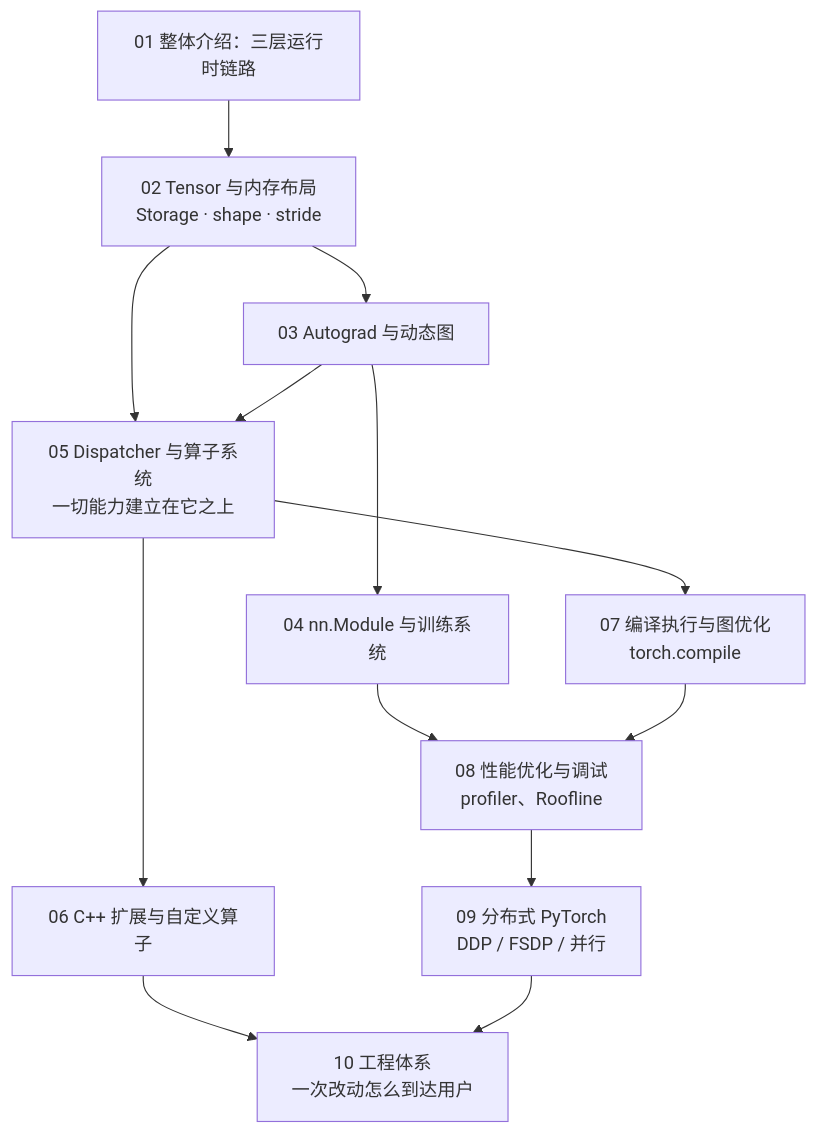
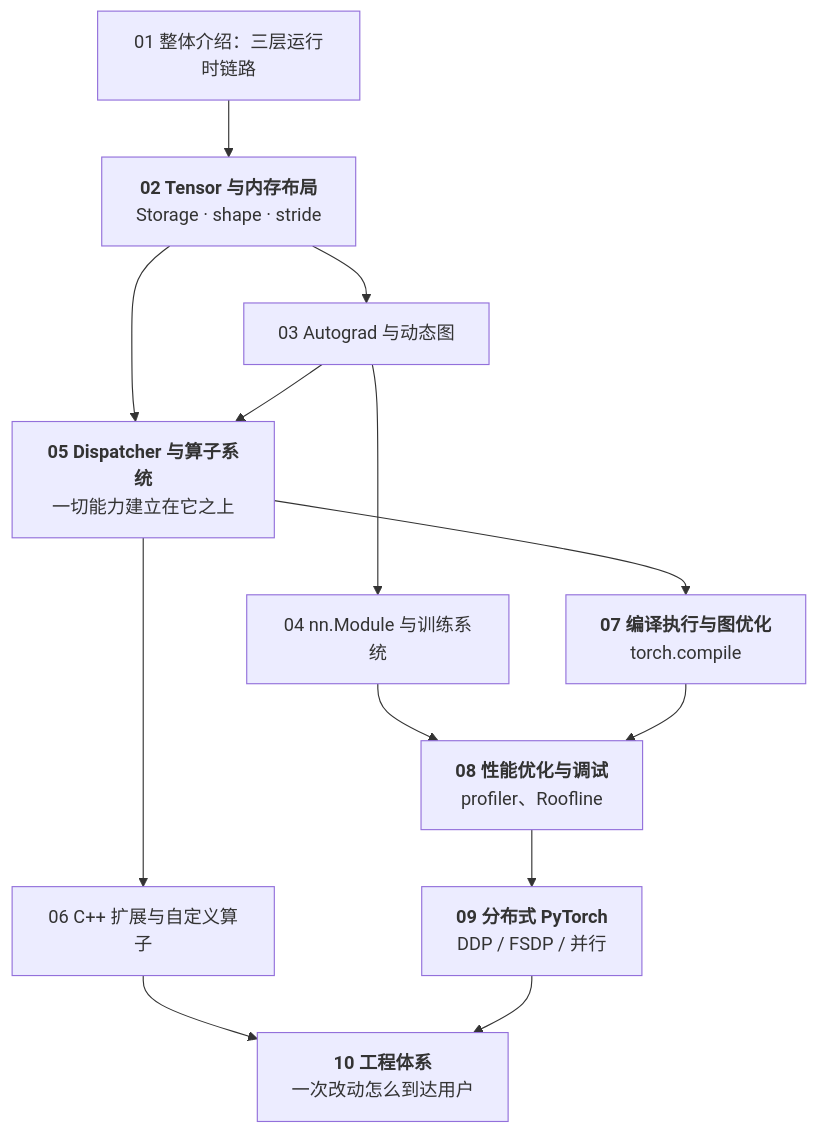
One commit to arganzheng/arganzheng.github.com changed the diagram in _posts/2026-02-26-deep-dive-into-pytorch-series-recap-and-self-test.md. Above: the diagram before and after it, drawn with Mermaid. The commit also changed 10 other files, not shown here.

First line of the commit message:
PyTorch 深度实践：从 Tensor 到深度学习运行时：Mermaid 多行方框的首行标为标题（11 篇）

````diff
--- a/_posts/2026-02-26-deep-dive-into-pytorch-series-recap-and-self-test.md
+++ b/_posts/2026-02-26-deep-dive-into-pytorch-series-recap-and-self-test.md
@@ -19,16 +19,16 @@
 ```mermaid
 %%{init: {"flowchart": {"wrappingWidth": 170}}}%%
 %% 图：PyTorch 系列全景：Tensor → Autograd → Module → Dispatcher → 扩展 / 编译 → 性能 → 分布式 → 工程体系
 flowchart TB
-    P1["01 整体介绍：三层运行时链路"] --> T2["02 Tensor 与内存布局<br/>Storage · shape · stride"]
+    P1["01 整体介绍：三层运行时链路"] --> T2["<b>02 Tensor 与内存布局</b><br/>Storage · shape · stride"]
     T2 --> A3["03 Autograd 与动态图"]
     A3 --> M4["04 nn.Module 与训练系统"]
-    T2 --> D5["05 Dispatcher 与算子系统<br/>一切能力建立在它之上"]
+    T2 --> D5["<b>05 Dispatcher 与算子系统</b><br/>一切能力建立在它之上"]
     A3 --> D5
     D5 --> X6["06 C++ 扩展与自定义算子"]
-    D5 --> C7["07 编译执行与图优化<br/>torch.compile"]
-    M4 & C7 --> P8["08 性能优化与调试<br/>profiler、Roofline"]
-    P8 --> D9["09 分布式 PyTorch<br/>DDP / FSDP / 并行"]
-    X6 & D9 --> E10["10 工程体系<br/>一次改动怎么到达用户"]
+    D5 --> C7["<b>07 编译执行与图优化</b><br/>torch.compile"]
+    M4 & C7 --> P8["<b>08 性能优化与调试</b><br/>profiler、Roofline"]
+    P8 --> D9["<b>09 分布式 PyTorch</b><br/>DDP / FSDP / 并行"]
+    X6 & D9 --> E10["<b>10 工程体系</b><br/>一次改动怎么到达用户"]
 
 ```
````
